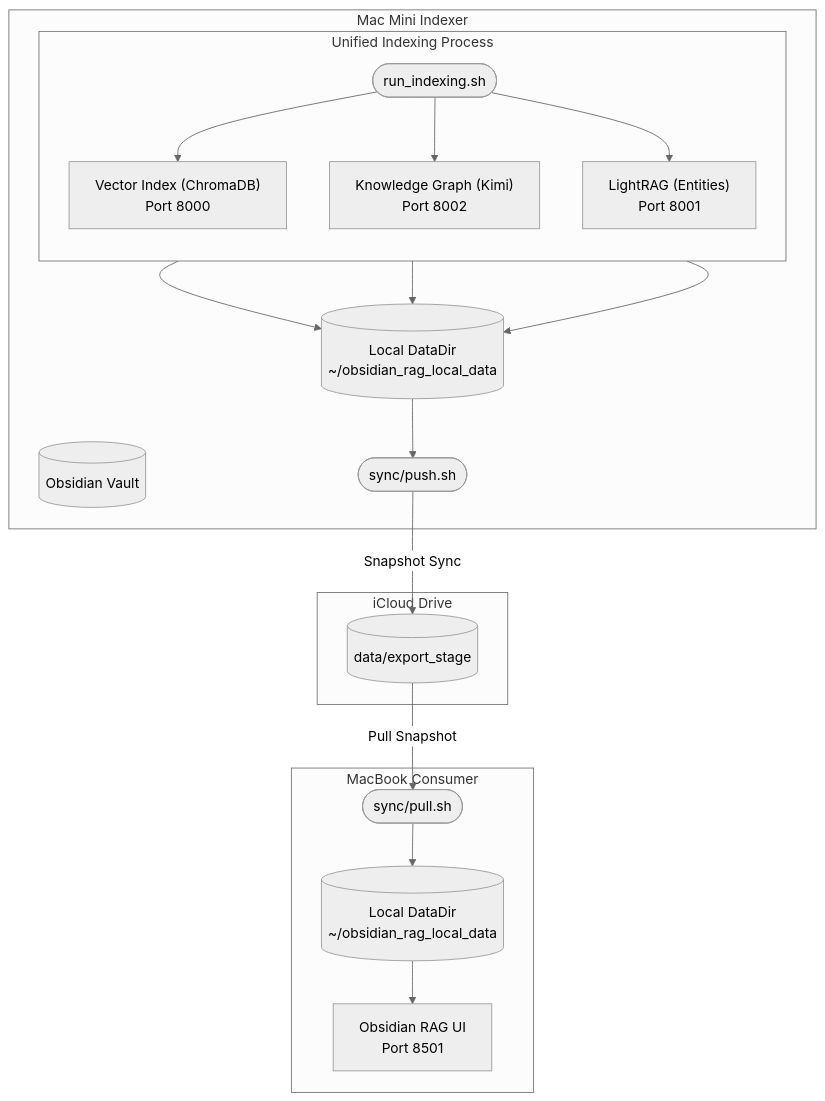
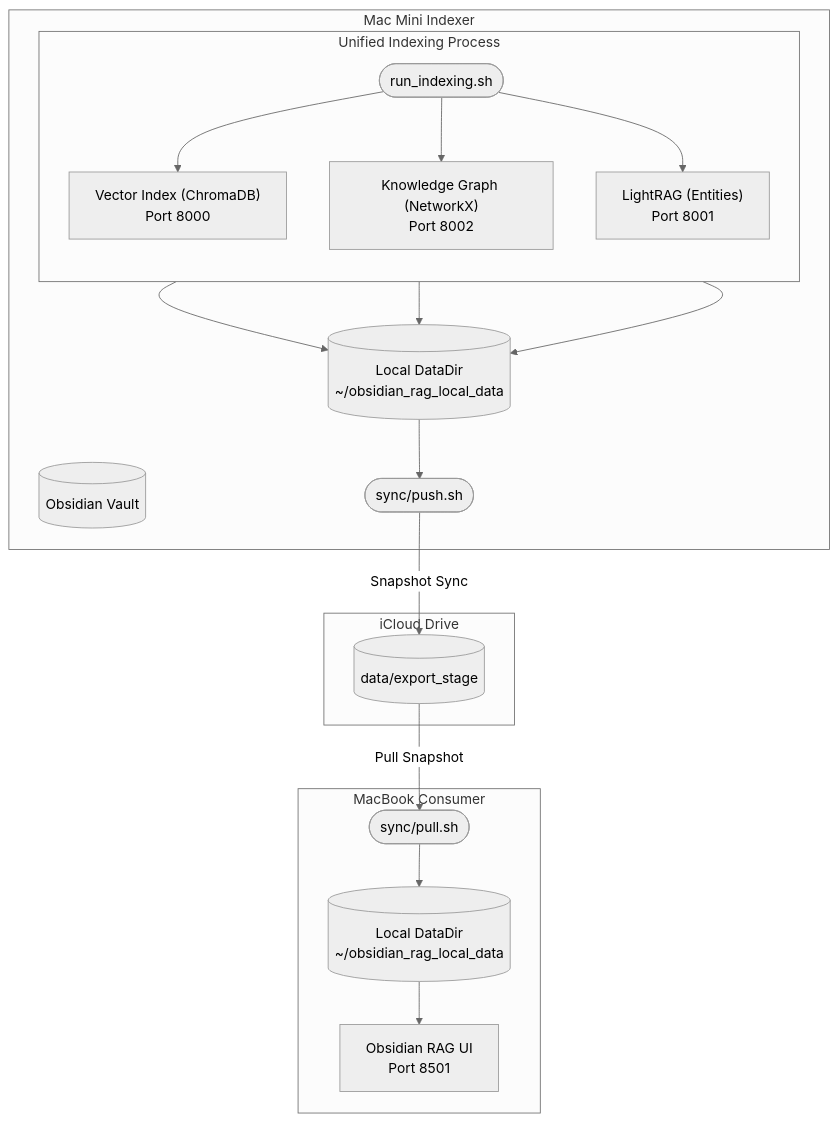
One commit to powskierman/obsidian_rag changed the diagram in Documentation/Setup/INDEXING_SCRIPTS_GUIDE.md. Above: the diagram before and after it, drawn with Mermaid (neutral theme). The commit also changed other lines of this file and 11 other files, not shown here.

Commit message:
Rename graph builder to networkx and refresh docs

````diff
--- a/Documentation/Setup/INDEXING_SCRIPTS_GUIDE.md
+++ b/Documentation/Setup/INDEXING_SCRIPTS_GUIDE.md
@@ -128,28 +128,28 @@
 ```mermaid
 flowchart TD
     subgraph Mini [Mac Mini Indexer]
         Vault[("Obsidian Vault")]
         
         subgraph Indexers [Unified Indexing Process]
             direction TB
             Script(["run_indexing.sh"])
             Vector["Vector Index (ChromaDB)<br>Port 8000"]
-            Graph["Knowledge Graph (Kimi)<br>Port 8002"]
+            Graph["Knowledge Graph (NetworkX)<br>Port 8002"]
             LR["LightRAG (Entities)<br>Port 8001"]
         end
         
         Script --> Vector & Graph & LR
         Vector & Graph & LR --> LocalData[("Local DataDir<br>~/obsidian_rag_local_data")]
         LocalData --> PushScript(["sync/push.sh"])
     end
 
     subgraph Cloud [iCloud Drive]
         PushScript -->|Snapshot Sync| CloudStore[("data/export_stage")]
     end
 
     subgraph MB [MacBook Consumer]
         CloudStore -->|Pull Snapshot| PullScript(["sync/pull.sh"])
         PullScript --> MBLocal[("Local DataDir<br>~/obsidian_rag_local_data")]
         MBLocal --> UI["Obsidian RAG UI<br>Port 8501"]
     end
 ```
````
